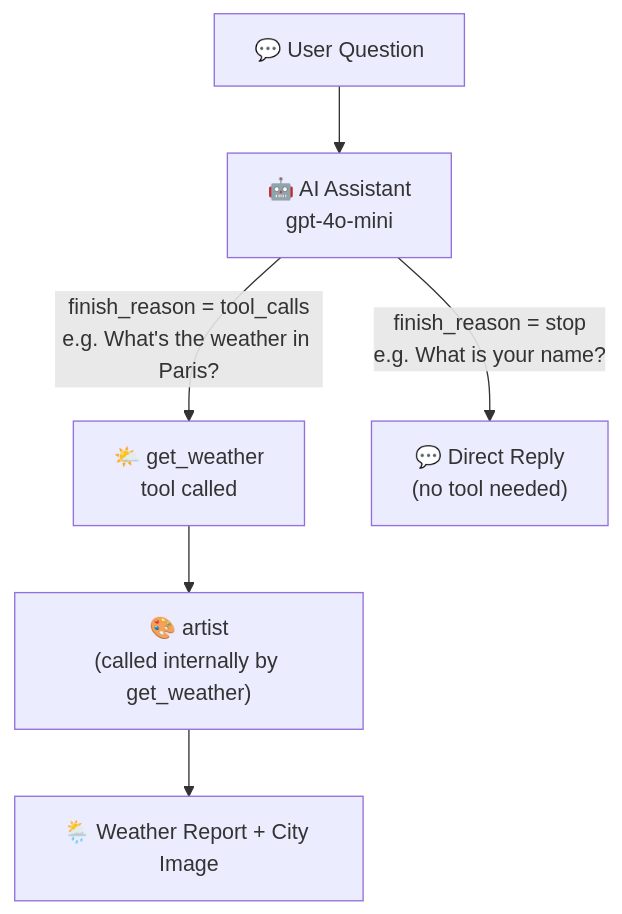
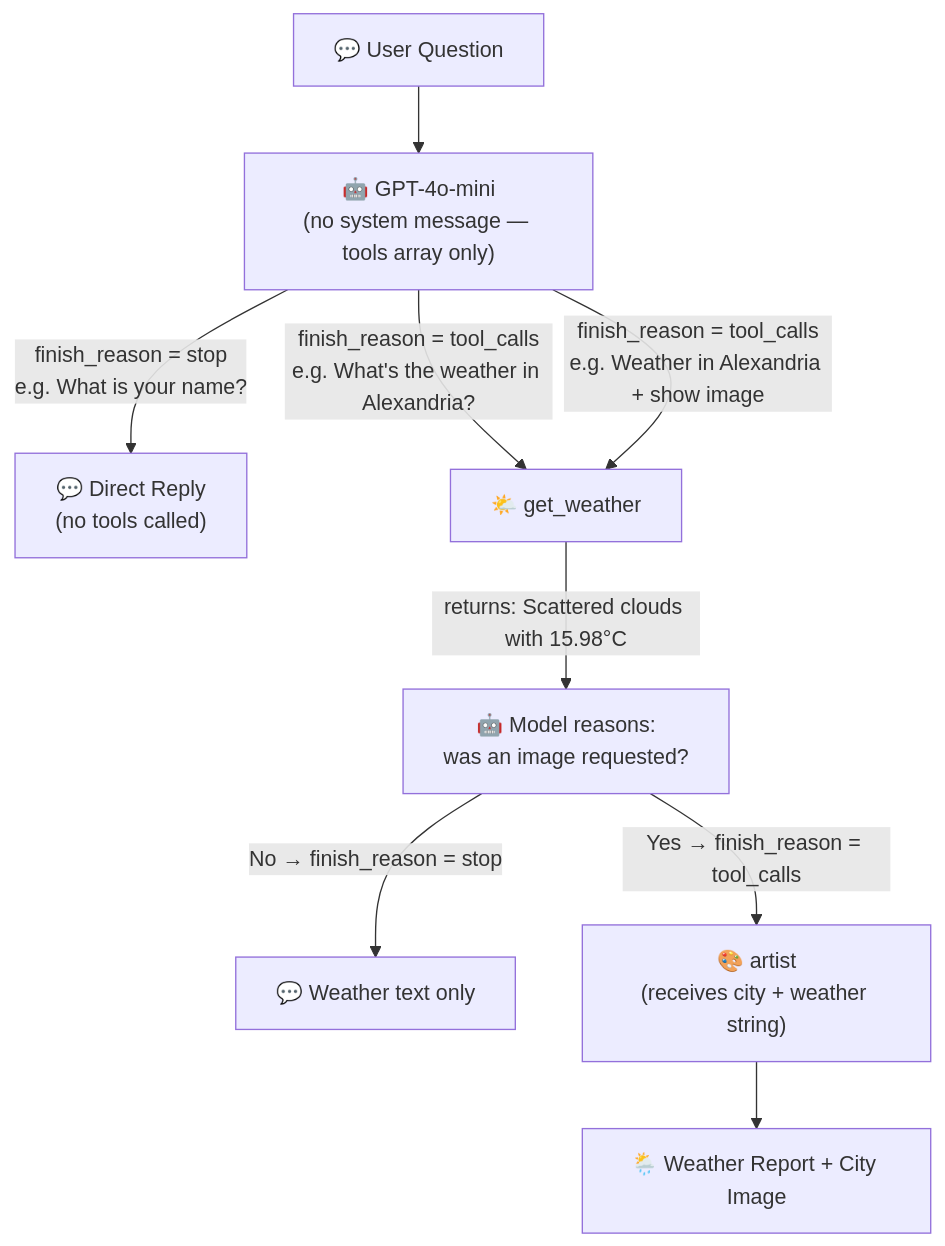
Before and after one commit to Walid-Ahmed/WeatherVisionAI: the diagram in README.md, drawn with Mermaid. The commit also changed other lines of this file and 3 other files, not shown here.

First line of the commit message:
refactor: expose artist as second tool, remove system message, let LLM reason about tool flow

````diff
--- a/README.md
+++ b/README.md
@@ -111,10 +65,13 @@
 ```mermaid
 flowchart TD
-    User["💬 User Question"] --> AI["🤖 AI Assistant\ngpt-4o-mini"]
+    User["💬 User Question"] --> AI["🤖 GPT-4o-mini\n(no system message — tools array only)"]
 
-    AI -->|"finish_reason = tool_calls\ne.g. What's the weather in Paris?"| ToolCall["🌤️ get_weather\ntool called"]
-    AI -->|"finish_reason = stop\ne.g. What is your name?"| DirectReply["💬 Direct Reply\n(no tool needed)"]
+    AI -->|"finish_reason = stop\ne.g. What is your name?"| DirectReply["💬 Direct Reply\n(no tools called)"]
+    AI -->|"finish_reason = tool_calls\ne.g. What's the weather in Alexandria?"| W["🌤️ get_weather"]
+    AI -->|"finish_reason = tool_calls\ne.g. Weather in Alexandria + show image"| W
 
-    ToolCall --> Artist["🎨 artist\n(called internally by get_weather)"]
-    Artist --> WeatherReply["🌦️ Weather Report + City Image"]
+    W -->|"returns: Scattered clouds with 15.98°C"| AI2["🤖 Model reasons:\nwas an image requested?"]
+    AI2 -->|"No → finish_reason = stop"| TextOnly["💬 Weather text only"]
+    AI2 -->|"Yes → finish_reason = tool_calls"| A["🎨 artist\n(receives city + weather string)"]
+    A --> WeatherReply["🌦️ Weather Report + City Image"]
 ```
````
